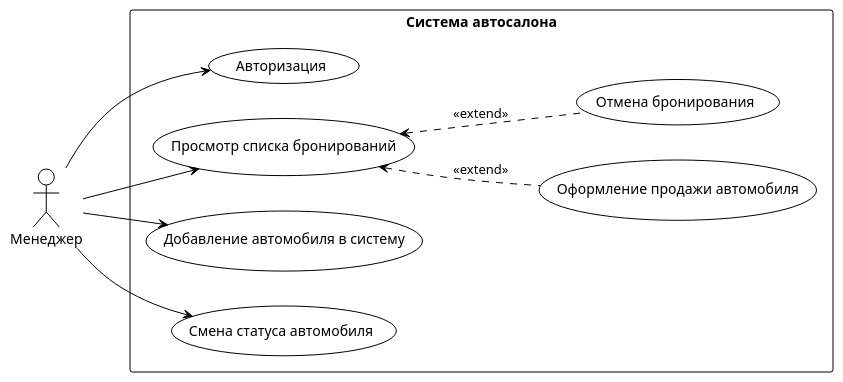
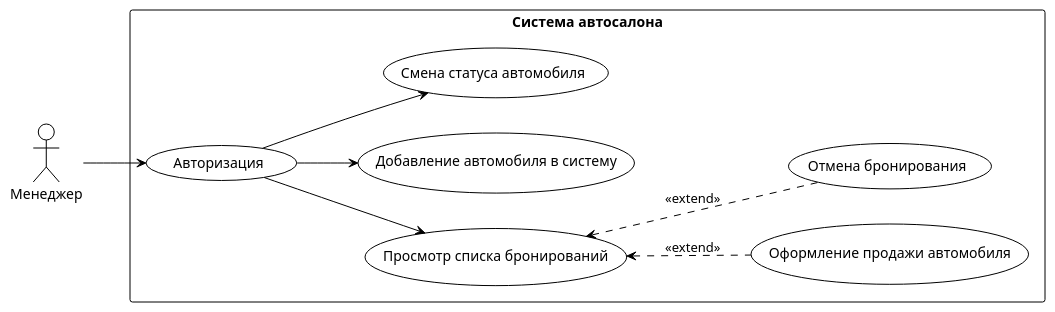
One commit to akiko1111111/ar-dealership-system changed the diagram in docs/diagrams/usecaseManager.puml. Above: the diagram before and after it, drawn with PlantUML. The commit also changed 1 other file, not shown here.

```diff
--- a/docs/diagrams/usecaseManager.puml
+++ b/docs/diagrams/usecaseManager.puml
@@ -1,27 +1,28 @@
 @startuml
 !theme plain
 
 left to right direction
 
 actor "Менеджер" as Manager
 
 rectangle "Система автосалона" {
   usecase "Авторизация" as UC1
   usecase "Просмотр списка бронирований" as UC2
   usecase "Добавление автомобиля в систему" as UC3
   usecase "Смена статуса автомобиля" as UC4
   usecase "Оформление продажи автомобиля" as UC5
   usecase "Отмена бронирования" as UC6
 }
 
 ' Связи актора с use cases
 Manager --> UC1
-Manager --> UC2
-Manager --> UC3
-Manager --> UC4
+
+UC1 --> UC2
+UC1 --> UC3
+UC1 --> UC4
 
 ' Extend отношения
 UC2 <.. UC5 : <<extend>>
 UC2 <.. UC6 : <<extend>>
 
 @enduml
```
